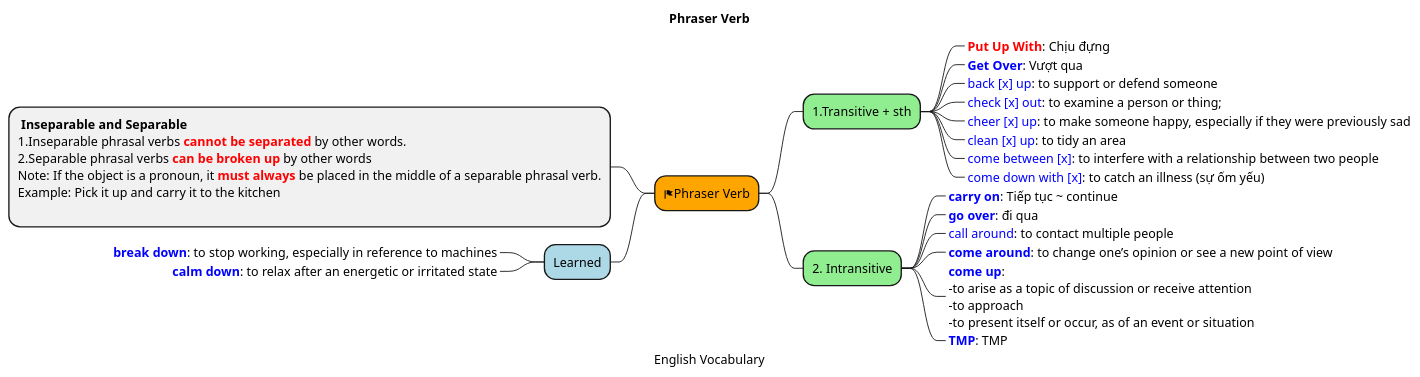
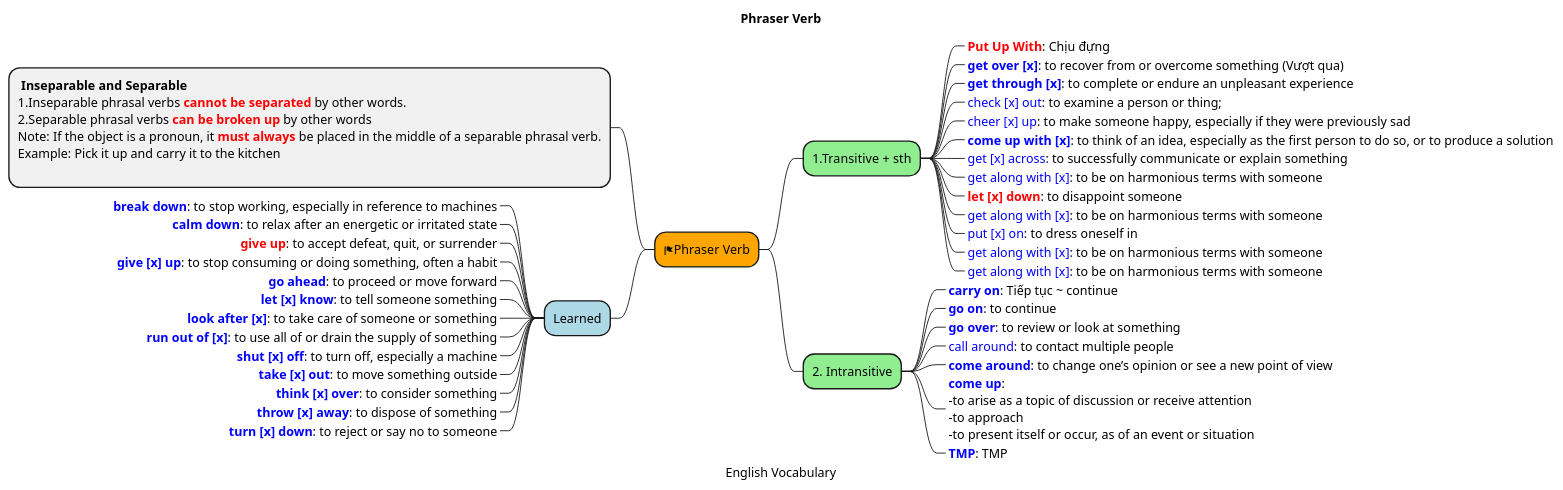
The diagram in src/English/FirstPhrase01/04_PhrasalVerbs.puml (thanhnv2210/MyPlantuml), drawn with PlantUML before and after one commit. The commit also changed 4 other files, not shown here.

```diff
--- a/src/English/FirstPhrase01/04_PhrasalVerbs.puml
+++ b/src/English/FirstPhrase01/04_PhrasalVerbs.puml
@@ -1,79 +1,110 @@
 @startmindmap
 'https://plantuml.com/mindmap-diagram
 
 caption English Vocabulary
 title Phraser Verb
 
 *[#Orange] <&flag>Phraser Verb
 
 left side
 'There are two types of phrasal verbs.
 '**[#lightgreen] Inseparable and Separable
 **: <b>Inseparable and Separable
 '-- Inseparable --
 1.Inseparable phrasal verbs <color:red><b>cannot be separated</color> by other words.
 '-- Separable --
 2.Separable phrasal verbs <color:red><b>can be broken up</color> by other words
 '+) A + Object + B
 '+) A + B + Object
 Note: If the object is a pronoun, it <color:red><b>must always</color> be placed in the middle of a separable phrasal verb.
 Example: Pick it up and carry it to the kitchen
 ;
 
 right side
 
 'Transitive phrasal verbs use a direct object
 **[#lightgreen] 1.Transitive + sth
 ***_ <color:red><b>Put Up With</color>: Chịu đựng
-***_ <color:blue><b>Get Over</color>: Vượt qua
-***_ <color:blue>back [x] up</color>: to support or defend someone
+***_ <color:blue><b>get over [x]</color>: to recover from or overcome something (Vượt qua)
+***_ <color:blue><b>get through [x]</color>: to complete or endure an unpleasant experience
+
+
+'***_ <color:blue>back [x] up</color>: to support or defend someone
 '****_ When the class was making fun of me, only the teacher backed me up.
 ***_ <color:blue>check [x] out</color>: to examine a person or thing;
 'when used in reference to a person, can connote looking at them with romantic or sexual interest
 '****_ I’ll check the contract out. / I’ll check out the contract.
 ***_ <color:blue>cheer [x] up</color>: to make someone happy, especially if they were previously sad
-***_ <color:blue>clean [x] up</color>: to tidy an area
-***_ <color:blue>come between [x]</color>: to interfere with a relationship between two people
-***_ <color:blue>come down with [x]</color>: to catch an illness (sự ốm yếu)
+'***_ <color:blue>clean [x] up</color>: to tidy an area
+'***_ <color:blue>come between [x]</color>: to interfere with a relationship between two people
+'***_ <color:blue>come down with [x]</color>: to catch an illness (sự ốm yếu)
+'***_ <color:blue>come out of [x]</color>: to happen as a consequence of another event
+***_ <color:blue><b>come up with [x]</color>: to think of an idea, especially as the first person to do so, or to produce a solution
+'count on [x]
+'crack down on [x]
+'dive into [x]
+***_ <color:blue>get [x] across</color>: to successfully communicate or explain something
+***_ <color:blue>get along with [x]</color>: to be on harmonious terms with someone
+***_ <color:red><b>let [x] down</color>: to disappoint someone
+***_ <color:blue>get along with [x]</color>: to be on harmonious terms with someone
+***_ <color:blue>put [x] on</color>: to dress oneself in
+***_ <color:blue>get along with [x]</color>: to be on harmonious terms with someone
+***_ <color:blue>get along with [x]</color>: to be on harmonious terms with someone
+
 
 '***_ come out of [x] to happen as a consequence of another event
 
 
 **[#lightgreen] 2. Intransitive
 'Intransitive phrasal verbs (Nội động từ) do not use an object
 'Inseparable phrasal verbs cannot be split up; the verb and the particle must staytogether.
 'All intransitive phrasal verbs are inseparable.
 'Some transitive phrasal verbs are also inseparable
 ***_ <color:blue><b>carry on</color>: Tiếp tục ~ continue
-***_ <color:blue><b>go over</color>: đi qua
+***_ <color:blue><b>go on</color>: to continue
+***_ <color:blue><b>go over</color>: to review or look at something
 ***_ <color:blue>call around</color>: to contact multiple people
 '****_ Roy called around to find a nearby mechanic.
 
 ***_ <color:blue><b>come around</color>: to change one’s opinion or see a new point of view
 ***_ <color:blue><b>come up</color>: \n-to arise as a topic of discussion or receive attention\n-to approach \n-to present itself or occur, as of an event or situation
 ***_ <color:blue><b>TMP</color>: TMP
 
 
 
 
 left side
 **[#lightblue] Learned
 '***_ <color:blue><b>go over</color>: đi qua
 ***_ <color:blue><b>break down</color>: to stop working, especially in reference to machines
 '****_ The ice cream machine at McDonald’s often breaks down.
 ***_ <color:blue><b>calm down</color>: to relax after an energetic or irritated state
 '****_ I need a few minutes to calm down after that match.
+***_ <color:red><b>give up</color>: to accept defeat, quit, or surrender
+***_ <color:blue><b>give [x] up</color>: to stop consuming or doing something, often a habit
+***_ <color:blue><b>go ahead</color>: to proceed or move forward
+***_ <color:blue><b>let [x] know</color>: to tell someone something
+***_ <color:blue><b>look after [x]</color>: to take care of someone or something
+***_ <color:blue><b>run out of [x]</color>: to use all of or drain the supply of something
+***_ <color:blue><b>shut [x] off</color>: to turn off, especially a machine
+***_ <color:blue><b>take [x] out</color>: to move something outside
+***_ <color:blue><b>think [x] over</color>: to consider something
+***_ <color:blue><b>throw [x] away</color>: to dispose of something
+***_ <color:blue><b>turn [x] down</color>: to reject or say no to someone
+
+'***_ <color:blue><b>throw [x] away</color>: to dispose of something
+'***_ <color:blue><b>throw [x] away</color>: to dispose of something
 
 
 
 'header
 'My super header
 'endheader
 
 'center footer My super footer
 
 'legend right
 '  Short
 '  legend
 'endlegend
 @endmindmap
```
